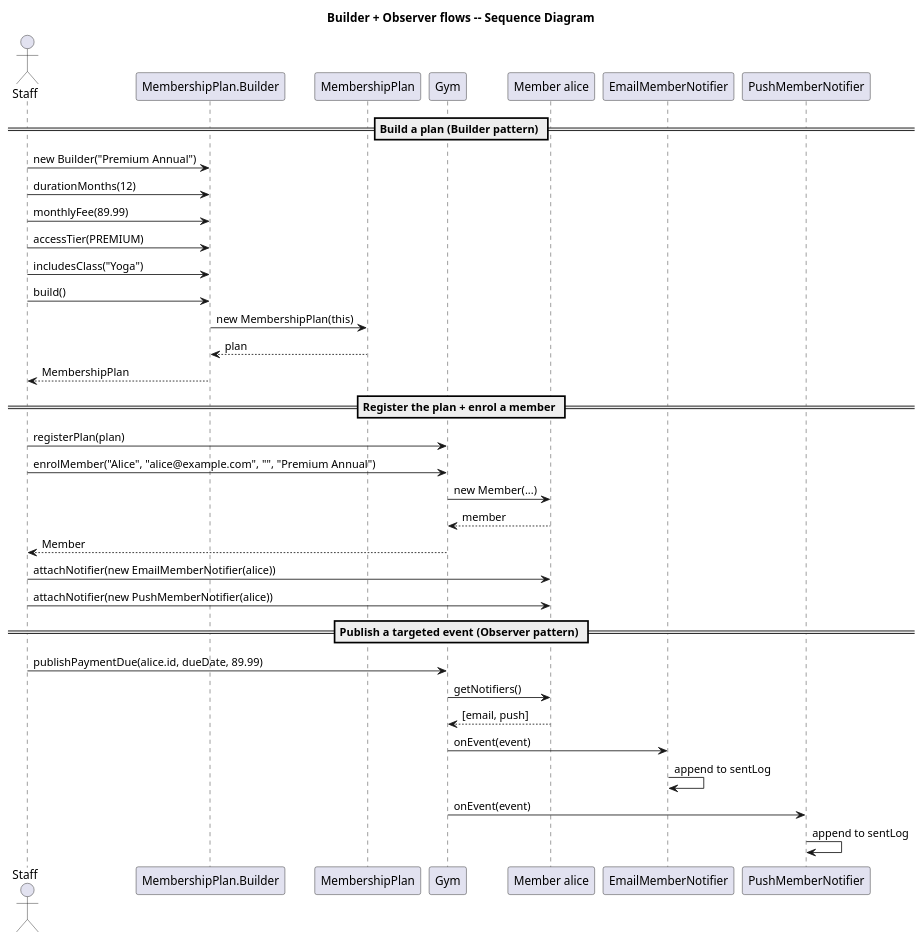
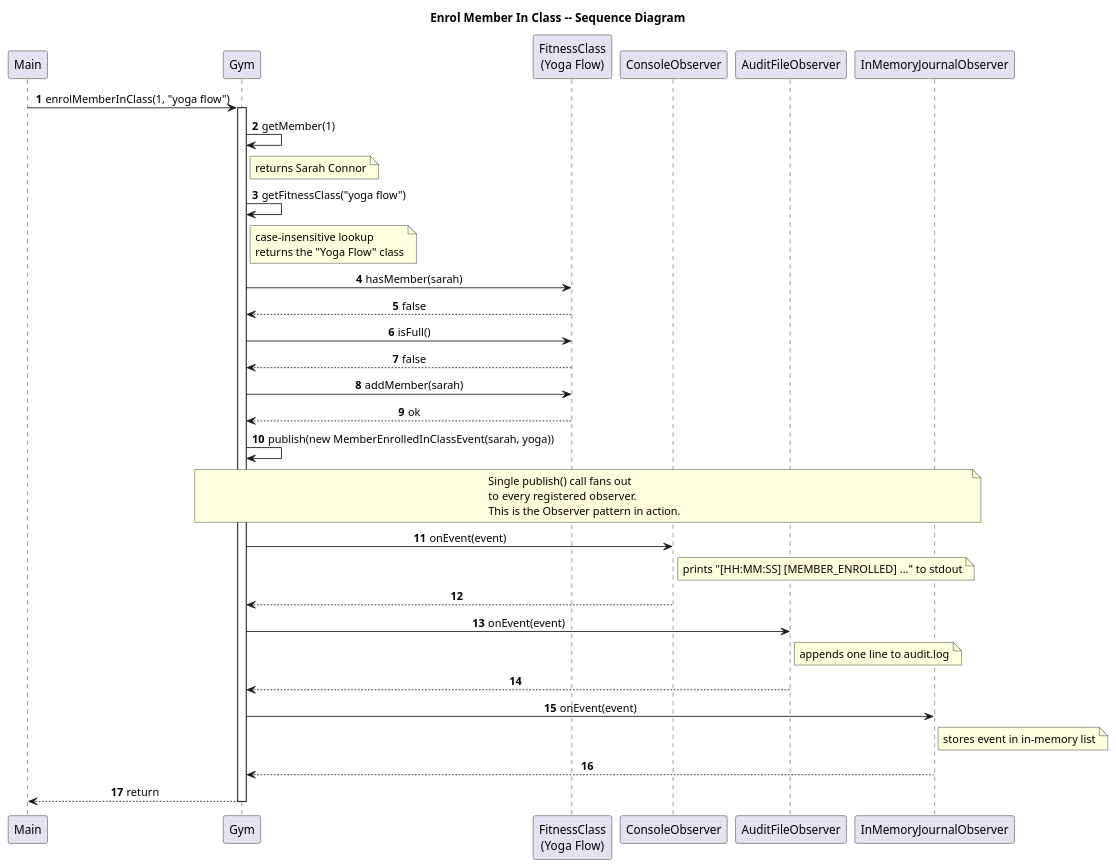
The diagram in docs/uml/sequence/publish-event-sequence.puml (hoop-ai/gym-membership-management-system), drawn with PlantUML before and after one commit. The commit also changed 13 other files, not shown here.

First line of the commit message:
Rewrite docs + presentation for the Builder/Observer focus

```diff
--- a/docs/uml/sequence/publish-event-sequence.puml
+++ b/docs/uml/sequence/publish-event-sequence.puml
@@ -1,45 +1,55 @@
 @startuml PublishEventSequence
-title Builder + Observer flows -- Sequence Diagram
+title Enrol Member In Class -- Sequence Diagram
 
-actor Staff
-participant "MembershipPlan.Builder" as Builder
-participant "MembershipPlan" as Plan
-participant "Gym" as Gym
-participant "Member alice" as Alice
-participant "EmailMemberNotifier" as Email
-participant "PushMemberNotifier" as Push
+skinparam sequenceMessageAlign center
+skinparam shadowing false
+autonumber
 
-== Build a plan (Builder pattern) ==
+participant "Main"                                  as Main
+participant "Gym"                                   as Gym
+participant "FitnessClass\n(Yoga Flow)"             as Yoga
+participant "ConsoleObserver"                       as Console
+participant "AuditFileObserver"                     as Audit
+participant "InMemoryJournalObserver"               as Journal
 
-Staff -> Builder : new Builder("Premium Annual")
-Staff -> Builder : durationMonths(12)
-Staff -> Builder : monthlyFee(89.99)
-Staff -> Builder : accessTier(PREMIUM)
-Staff -> Builder : includesClass("Yoga")
-Staff -> Builder : build()
-Builder -> Plan : new MembershipPlan(this)
-Plan --> Builder : plan
-Builder --> Staff : MembershipPlan
+Main -> Gym : enrolMemberInClass(1, "yoga flow")
+activate Gym
 
-== Register the plan + enrol a member ==
+Gym -> Gym : getMember(1)
+note right of Gym : returns Sarah Connor
 
-Staff -> Gym : registerPlan(plan)
-Staff -> Gym : enrolMember("Alice", "alice@example.com", "", "Premium Annual")
-Gym -> Alice : new Member(...)
-Alice --> Gym : member
-Gym --> Staff : Member
+Gym -> Gym : getFitnessClass("yoga flow")
+note right of Gym : case-insensitive lookup\nreturns the "Yoga Flow" class
 
-Staff -> Alice : attachNotifier(new EmailMemberNotifier(alice))
-Staff -> Alice : attachNotifier(new PushMemberNotifier(alice))
+Gym -> Yoga : hasMember(sarah)
+Yoga --> Gym : false
 
-== Publish a targeted event (Observer pattern) ==
+Gym -> Yoga : isFull()
+Yoga --> Gym : false
 
-Staff -> Gym : publishPaymentDue(alice.id, dueDate, 89.99)
-Gym -> Alice : getNotifiers()
-Alice --> Gym : [email, push]
-Gym -> Email : onEvent(event)
-Email -> Email : append to sentLog
-Gym -> Push : onEvent(event)
-Push -> Push : append to sentLog
+Gym -> Yoga : addMember(sarah)
+Yoga --> Gym : ok
+
+Gym -> Gym : publish(new MemberEnrolledInClassEvent(sarah, yoga))
+note over Gym, Journal
+  Single publish() call fans out
+  to every registered observer.
+  This is the Observer pattern in action.
+end note
+
+Gym -> Console : onEvent(event)
+note right of Console : prints "[HH:MM:SS] [MEMBER_ENROLLED] ..." to stdout
+Console --> Gym
+
+Gym -> Audit : onEvent(event)
+note right of Audit : appends one line to audit.log
+Audit --> Gym
+
+Gym -> Journal : onEvent(event)
+note right of Journal : stores event in in-memory list
+Journal --> Gym
+
+Gym --> Main : return
+deactivate Gym
 
 @enduml
```
